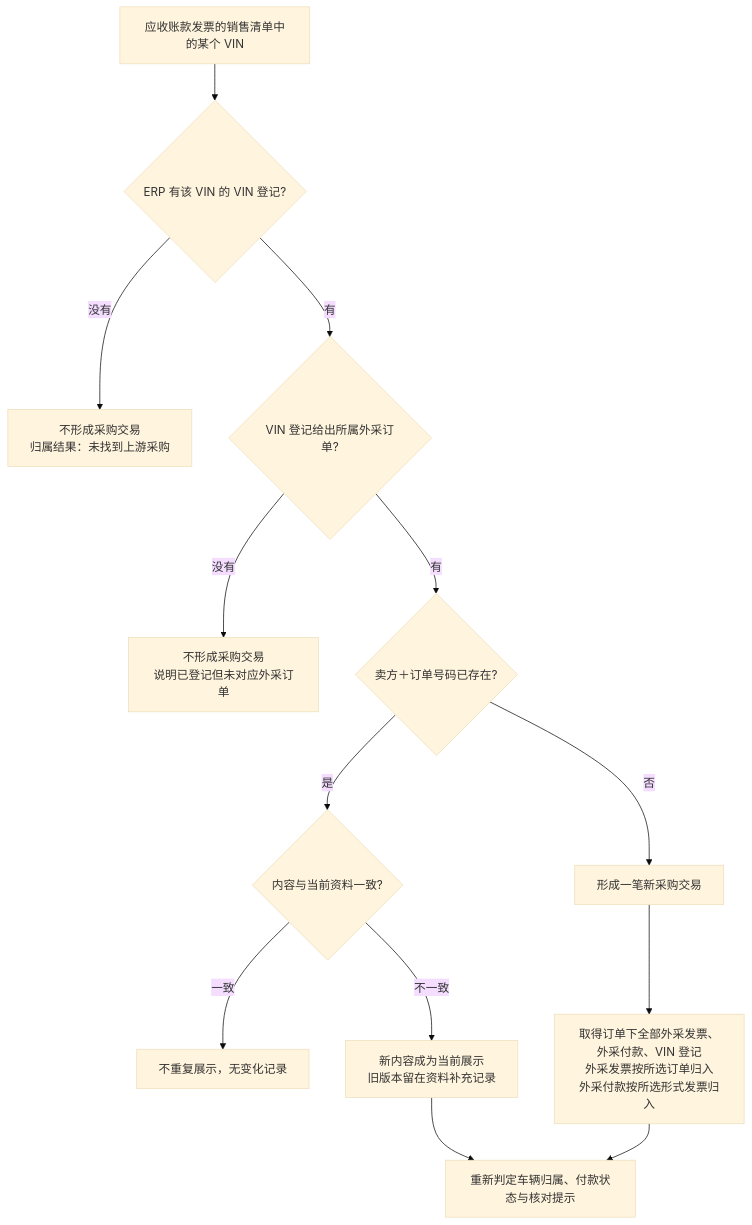
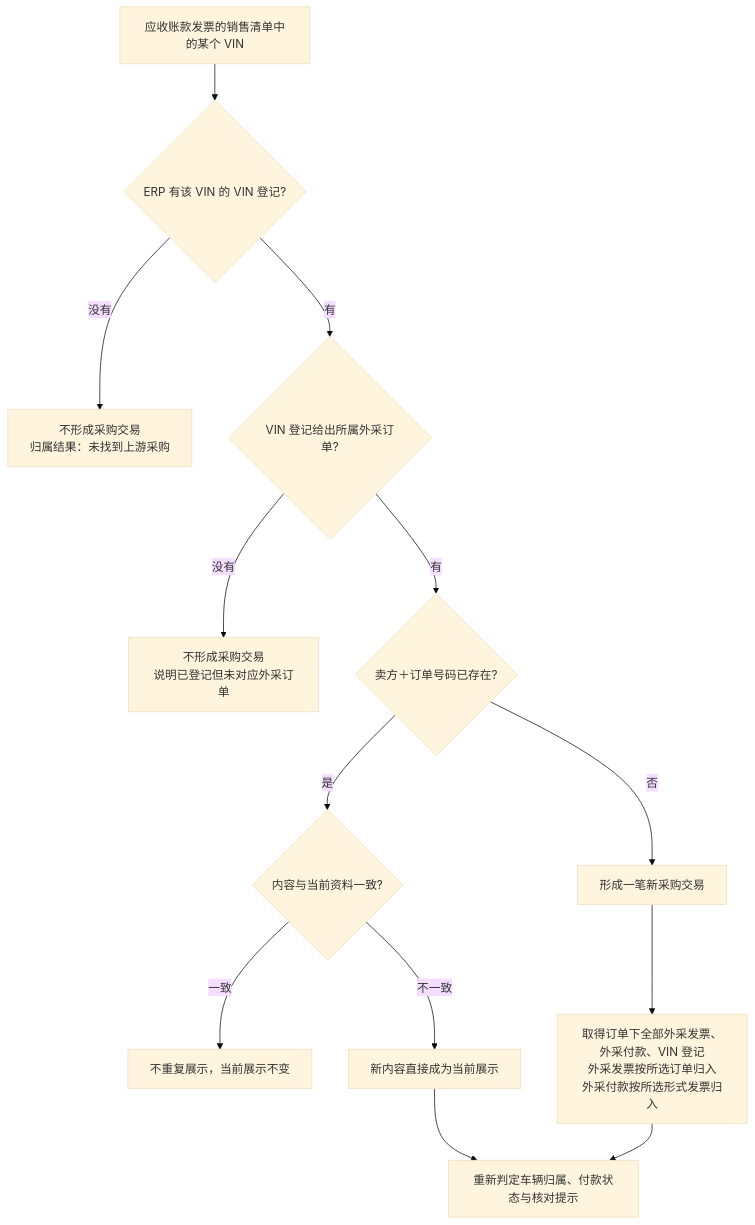
One commit to wxblockchain/Chain-Financing changed the first of 4 diagrams in asset-trust-platform/PRD/运营端/M4-上游采购追溯/02-上游采购追溯-流程图与状态机.md. Above: the diagram before and after it, drawn with Mermaid (base theme). The commit also changed other lines of this file and 15 other files, not shown here.

````diff
--- a/asset-trust-platform/PRD/运营端/M4-上游采购追溯/02-上游采购追溯-流程图与状态机.md
+++ b/asset-trust-platform/PRD/运营端/M4-上游采购追溯/02-上游采购追溯-流程图与状态机.md
@@ -17,15 +17,15 @@
 ```mermaid
 flowchart TD
     A[应收账款发票的销售清单中的某个 VIN] --> B{ERP 有该 VIN 的 VIN 登记?}
     B -->|没有| N[不形成采购交易<br/>归属结果：未找到上游采购]
     B -->|有| C{VIN 登记给出所属外采订单?}
     C -->|没有| N2[不形成采购交易<br/>说明已登记但未对应外采订单]
     C -->|有| D{卖方＋订单号码已存在?}
     D -->|否| E[形成一笔新采购交易]
     D -->|是| F{内容与当前资料一致?}
-    F -->|一致| G[不重复展示，无变化记录]
-    F -->|不一致| H[新内容成为当前展示<br/>旧版本留在资料补充记录]
+    F -->|一致| G[不重复展示，当前展示不变]
+    F -->|不一致| H[新内容直接成为当前展示]
     E --> I[取得订单下全部外采发票、外采付款、VIN 登记<br/>外采发票按所选订单归入<br/>外采付款按所选形式发票归入]
     H --> R[重新判定车辆归属、付款状态与核对提示]
     I --> R
 ```
````
